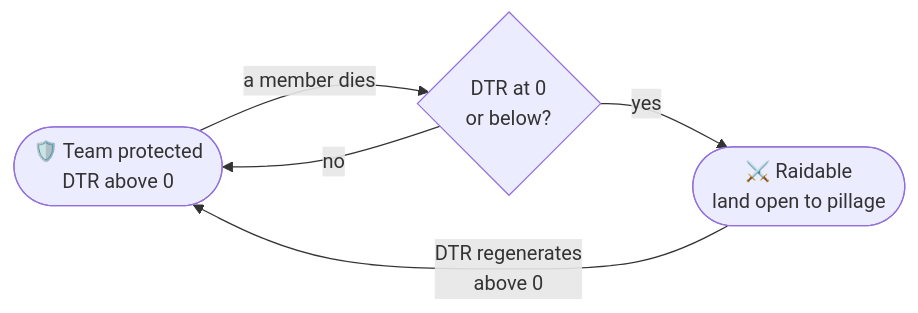
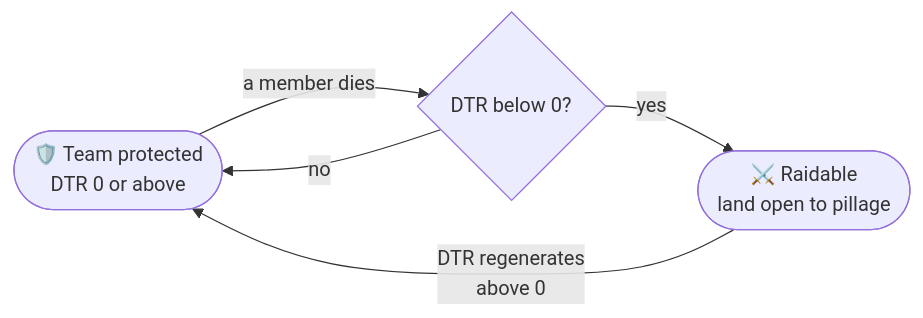
Before and after one commit to Lawkeys-dev/hcf-core: the diagram in docs/gameplay/index.md, drawn with Mermaid. The commit also changed other lines of this file and 41 other files, not shown here.

First line of the commit message:
DTR raidable below zero with no pause after a death; raids pay the raider; Purge opens using, EOTW opens server land; subclaim making is a permission

````diff
--- a/docs/gameplay/index.md
+++ b/docs/gameplay/index.md
@@ -15,7 +15,7 @@
 ```mermaid
 flowchart LR
-    A(["🛡️ Team protected<br/>DTR above 0"]) -- "a member dies" --> B{"DTR at 0<br/>or below?"}
+    A(["🛡️ Team protected<br/>DTR 0 or above"]) -- "a member dies" --> B{"DTR below 0?"}
     B -- no --> A
     B -- yes --> C(["⚔️ Raidable<br/>land open to pillage"])
     C -- "DTR regenerates<br/>above 0" --> A
 ```
````
